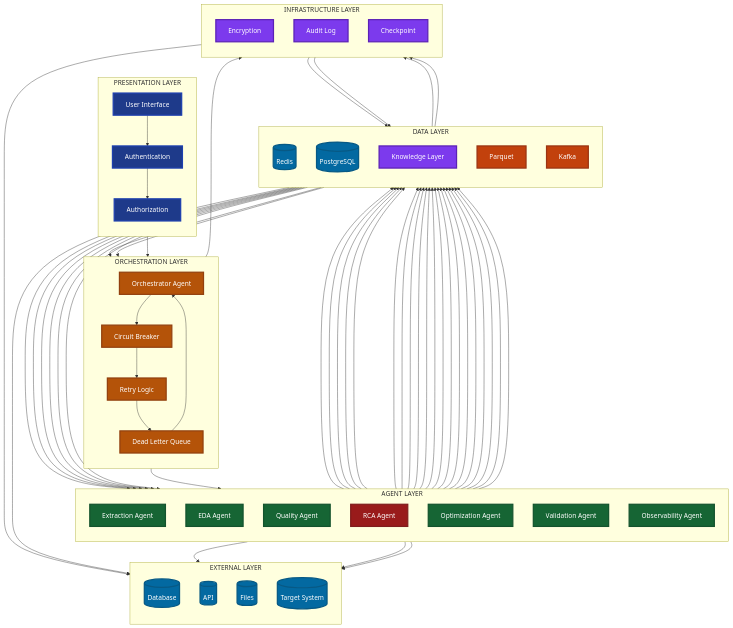
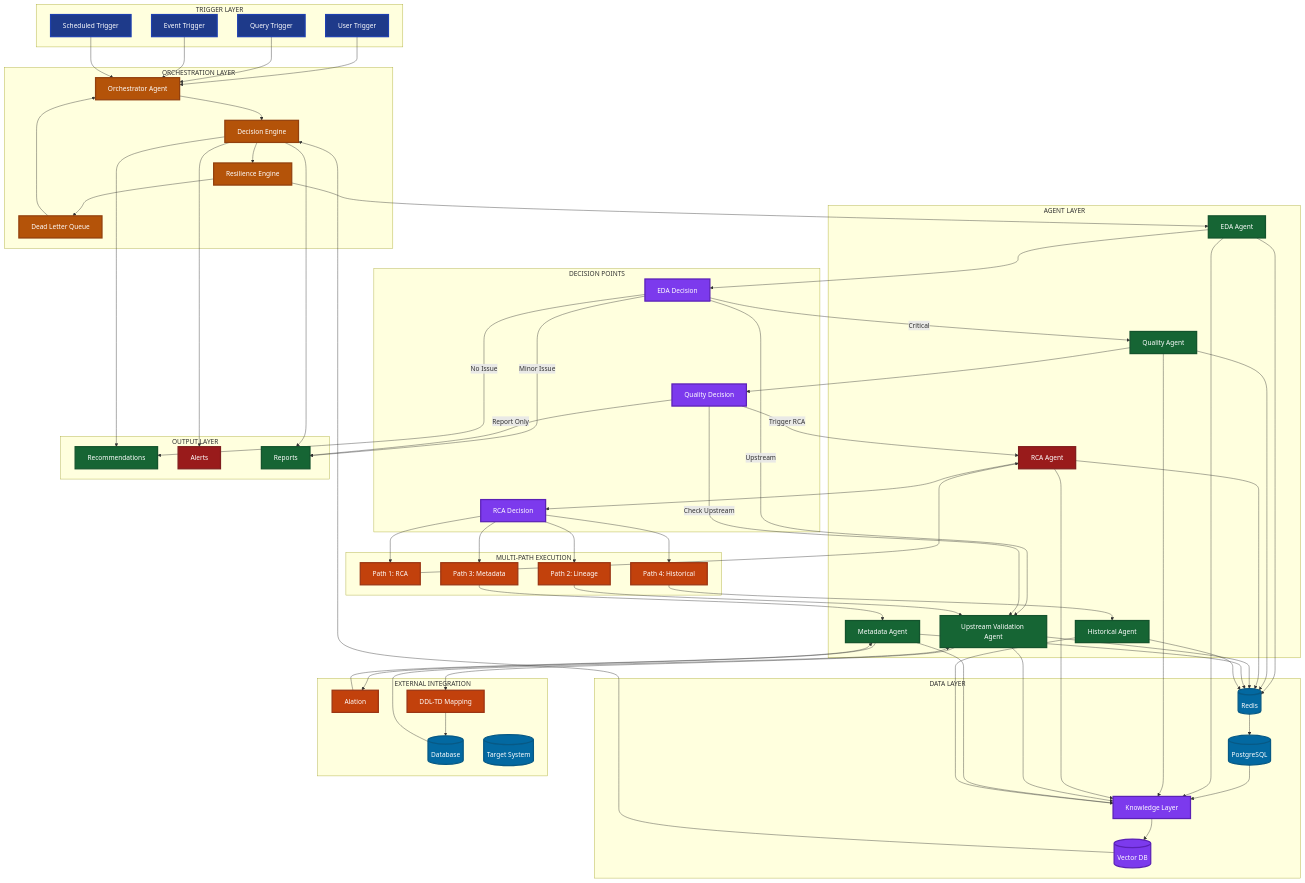
The diagram in architecture-diagram-detailed.md (najiatasleem/agentic-de-lifecycle), drawn with Mermaid before and after one commit. The commit also changed other lines of this file and 2 other files, not shown here.

Commit message:
Revise architecture based on senior DS feedback: agentic decision flow, trigger points, agent boundaries, multi-path execution, Alation integration, DDL-TD mapping

````diff
--- a/architecture-diagram-detailed.md
+++ b/architecture-diagram-detailed.md
@@ -5,134 +5,154 @@
 ```mermaid
 graph TB
-    subgraph "PRESENTATION LAYER"
-        direction TB
-        UI[User Interface]
-        AUTH[Authentication]
-        RBAC[Authorization]
+    subgraph "TRIGGER LAYER"
+        UI[User Trigger]
+        QT[Query Trigger]
+        ET[Event Trigger]
+        ST[Scheduled Trigger]
     end
     
     subgraph "ORCHESTRATION LAYER"
-        direction TB
         ORCH[Orchestrator Agent]
-        CB[Circuit Breaker]
-        RETRY[Retry Logic]
+        DEC[Decision Engine]
+        RES[Resilience Engine]
         DLQ[Dead Letter Queue]
     end
     
     subgraph "AGENT LAYER"
-        direction TB
-        INGEST[Extraction Agent]
         EDA[EDA Agent]
         DQ[Quality Agent]
         RCA[RCA Agent]
-        OPT[Optimization Agent]
-        VAL[Validation Agent]
-        OBS[Observability Agent]
+        UP[Upstream Validation Agent]
+        META[Metadata Agent]
+        HIST[Historical Agent]
+    end
+    
+    subgraph "DECISION POINTS"
+        DP1[EDA Decision]
+        DP2[Quality Decision]
+        DP3[RCA Decision]
+    end
+    
+    subgraph "MULTI-PATH EXECUTION"
+        P1[Path 1: RCA]
+        P2[Path 2: Lineage]
+        P3[Path 3: Metadata]
+        P4[Path 4: Historical]
     end
     
     subgraph "DATA LAYER"
-        direction TB
         REDIS[(Redis)]
         PG[(PostgreSQL)]
         KNOW[Knowledge Layer]
-        PARQUET[Parquet]
-        KAFKA[Kafka]
+        VDB[(Vector DB)]
     end
     
-    subgraph "INFRASTRUCTURE LAYER"
-        direction TB
-        ENC[Encryption]
-        AUDIT[Audit Log]
-        CHECK[Checkpoint]
-    end
-    
-    subgraph "EXTERNAL LAYER"
-        direction TB
+    subgraph "EXTERNAL INTEGRATION"
+        ALATION[Alation]
+        DDL[DDL-TD Mapping]
         DB[(Database)]
-        API[(API)]
-        FILES[(Files)]
         TARGET[(Target System)]
     end
     
-    UI --> AUTH
-    AUTH --> RBAC
-    RBAC --> ORCH
+    subgraph "OUTPUT LAYER"
+        REC[Recommendations]
+        ALERT[Alerts]
+        REPORT[Reports]
+    end
     
-    ORCH --> CB
-    CB --> RETRY
-    RETRY --> INGEST
-    RETRY --> DLQ
+    UI --> ORCH
+    QT --> ORCH
+    ET --> ORCH
+    ST --> ORCH
+    
+    ORCH --> DEC
+    DEC --> RES
+    RES --> EDA
+    RES --> DLQ
     DLQ --> ORCH
     
-    INGEST --> DB
-    INGEST --> API
-    INGEST --> FILES
+    EDA --> DP1
+    DP1 -->|No Issue| REC
+    DP1 -->|Minor Issue| REPORT
+    DP1 -->|Critical| DQ
+    DP1 -->|Upstream| UP
     
-    INGEST --> PARQUET
-    PARQUET --> EDA
-    EDA --> PARQUET
-    PARQUET --> DQ
-    DQ --> PARQUET
-    PARQUET --> RCA
-    RCA --> PARQUET
-    PARQUET --> OPT
-    OPT --> PARQUET
-    PARQUET --> VAL
-    VAL --> PARQUET
-    PARQUET --> OBS
-    OBS --> KAFKA
-    KAFKA --> TARGET
+    DQ --> DP2
+    DP2 -->|Report Only| REPORT
+    DP2 -->|Trigger RCA| RCA
+    DP2 -->|Check Upstream| UP
     
-    INGEST --> REDIS
+    RCA --> DP3
+    DP3 --> P1
+    DP3 --> P2
+    DP3 --> P3
+    DP3 --> P4
+    
+    P1 --> RCA
+    P2 --> UP
+    P3 --> META
+    P4 --> HIST
+    
+    UP --> DDL
+    DDL --> DB
+    DB --> UP
+    
+    META --> ALATION
+    ALATION --> META
+    
     EDA --> REDIS
     DQ --> REDIS
     RCA --> REDIS
-    OPT --> REDIS
-    VAL --> REDIS
-    OBS --> REDIS
+    UP --> REDIS
+    META --> REDIS
+    HIST --> REDIS
     
-    REDIS --> CHECK
-    CHECK --> PG
+    REDIS --> PG
+    PG --> KNOW
+    KNOW --> VDB
+    VDB --> DEC
     
     EDA --> KNOW
     DQ --> KNOW
     RCA --> KNOW
-    OPT --> KNOW
-    VAL --> KNOW
-    OBS --> KNOW
+    UP --> KNOW
+    META --> KNOW
+    HIST --> KNOW
     
-    KNOW --> ORCH
-    PG --> ORCH
-    
-    PARQUET --> ENC
-    ENC --> TARGET
-    ORCH --> AUDIT
-    AUDIT --> PG
+    DEC --> REC
+    DEC --> ALERT
+    DEC --> REPORT
     
     style UI fill:#1e3a8a,stroke:#1e40af,stroke-width:3px,color:#ffffff
-    style AUTH fill:#1e3a8a,stroke:#1e40af,stroke-width:3px,color:#ffffff
-    style RBAC fill:#1e3a8a,stroke:#1e40af,stroke-width:3px,color:#ffffff
+    style QT fill:#1e3a8a,stroke:#1e40af,stroke-width:3px,color:#ffffff
+    style ET fill:#1e3a8a,stroke:#1e40af,stroke-width:3px,color:#ffffff
+    style ST fill:#1e3a8a,stroke:#1e40af,stroke-width:3px,color:#ffffff
     style ORCH fill:#b45309,stroke:#92400e,stroke-width:3px,color:#ffffff
-    style CB fill:#b45309,stroke:#92400e,stroke-width:3px,color:#ffffff
-    style RETRY fill:#b45309,stroke:#92400e,stroke-width:3px,color:#ffffff
+    style DEC fill:#b45309,stroke:#92400e,stroke-width:3px,color:#ffffff
+    style RES fill:#b45309,stroke:#92400e,stroke-width:3px,color:#ffffff
     style DLQ fill:#b45309,stroke:#92400e,stroke-width:3px,color:#ffffff
-    style INGEST fill:#166534,stroke:#14532d,stroke-width:3px,color:#ffffff
     style EDA fill:#166534,stroke:#14532d,stroke-width:3px,color:#ffffff
     style DQ fill:#166534,stroke:#14532d,stroke-width:3px,color:#ffffff
     style RCA fill:#991b1b,stroke:#7f1d1d,stroke-width:3px,color:#ffffff
-    style OPT fill:#166534,stroke:#14532d,stroke-width:3px,color:#ffffff
-    style VAL fill:#166534,stroke:#14532d,stroke-width:3px,color:#ffffff
-    style OBS fill:#166534,stroke:#14532d,stroke-width:3px,color:#ffffff
+    style UP fill:#166534,stroke:#14532d,stroke-width:3px,color:#ffffff
+    style META fill:#166534,stroke:#14532d,stroke-width:3px,color:#ffffff
+    style HIST fill:#166534,stroke:#14532d,stroke-width:3px,color:#ffffff
+    style DP1 fill:#7c3aed,stroke:#5b21b6,stroke-width:3px,color:#ffffff
+    style DP2 fill:#7c3aed,stroke:#5b21b6,stroke-width:3px,color:#ffffff
+    style DP3 fill:#7c3aed,stroke:#5b21b6,stroke-width:3px,color:#ffffff
+    style P1 fill:#c2410c,stroke:#9a3412,stroke-width:3px,color:#ffffff
+    style P2 fill:#c2410c,stroke:#9a3412,stroke-width:3px,color:#ffffff
+    style P3 fill:#c2410c,stroke:#9a3412,stroke-width:3px,color:#ffffff
+    style P4 fill:#c2410c,stroke:#9a3412,stroke-width:3px,color:#ffffff
     style REDIS fill:#0369a1,stroke:#075985,stroke-width:3px,color:#ffffff
     style PG fill:#0369a1,stroke:#075985,stroke-width:3px,color:#ffffff
     style KNOW fill:#7c3aed,stroke:#5b21b6,stroke-width:3px,color:#ffffff
-    style PARQUET fill:#c2410c,stroke:#9a3412,stroke-width:3px,color:#ffffff
-    style KAFKA fill:#c2410c,stroke:#9a3412,stroke-width:3px,color:#ffffff
-    style ENC fill:#7c3aed,stroke:#5b21b6,stroke-width:3px,color:#ffffff
-    style AUDIT fill:#7c3aed,stroke:#5b21b6,stroke-width:3px,color:#ffffff
-    style CHECK fill:#7c3aed,stroke:#5b21b6,stroke-width:3px,color:#ffffff
+    style VDB fill:#7c3aed,stroke:#5b21b6,stroke-width:3px,color:#ffffff
+    style ALATION fill:#c2410c,stroke:#9a3412,stroke-width:3px,color:#ffffff
+    style DDL fill:#c2410c,stroke:#9a3412,stroke-width:3px,color:#ffffff
     style DB fill:#0369a1,stroke:#075985,stroke-width:3px,color:#ffffff
-    style API fill:#0369a1,stroke:#075985,stroke-width:3px,color:#ffffff
-    style FILES fill:#0369a1,stroke:#075985,stroke-width:3px,color:#ffffff
     style TARGET fill:#0369a1,stroke:#075985,stroke-width:3px,color:#ffffff
+    style REC fill:#166534,stroke:#14532d,stroke-width:3px,color:#ffffff
+    style ALERT fill:#991b1b,stroke:#7f1d1d,stroke-width:3px,color:#ffffff
+    style REPORT fill:#166534,stroke:#14532d,stroke-width:3px,color:#ffffff
 ```
````
